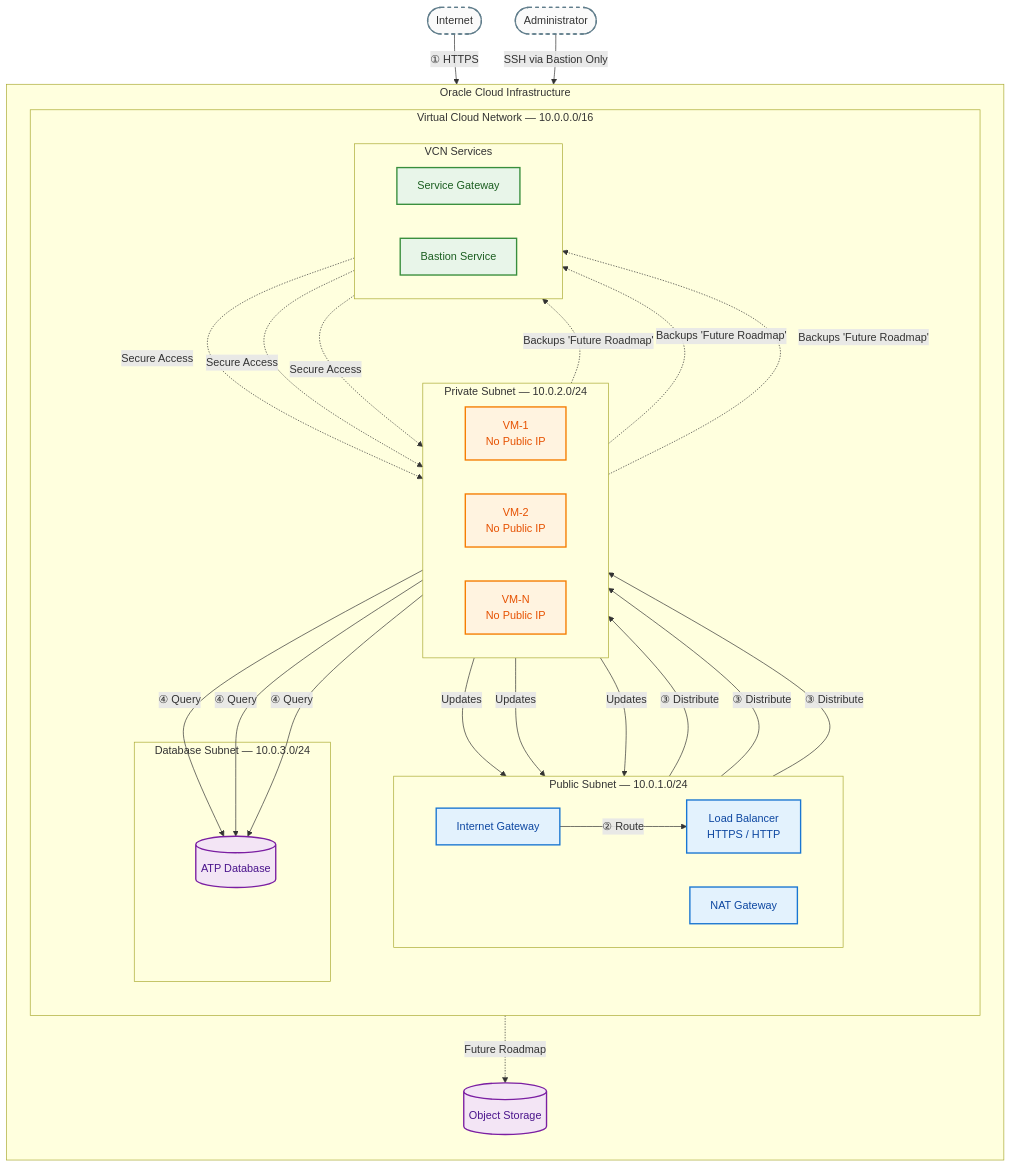
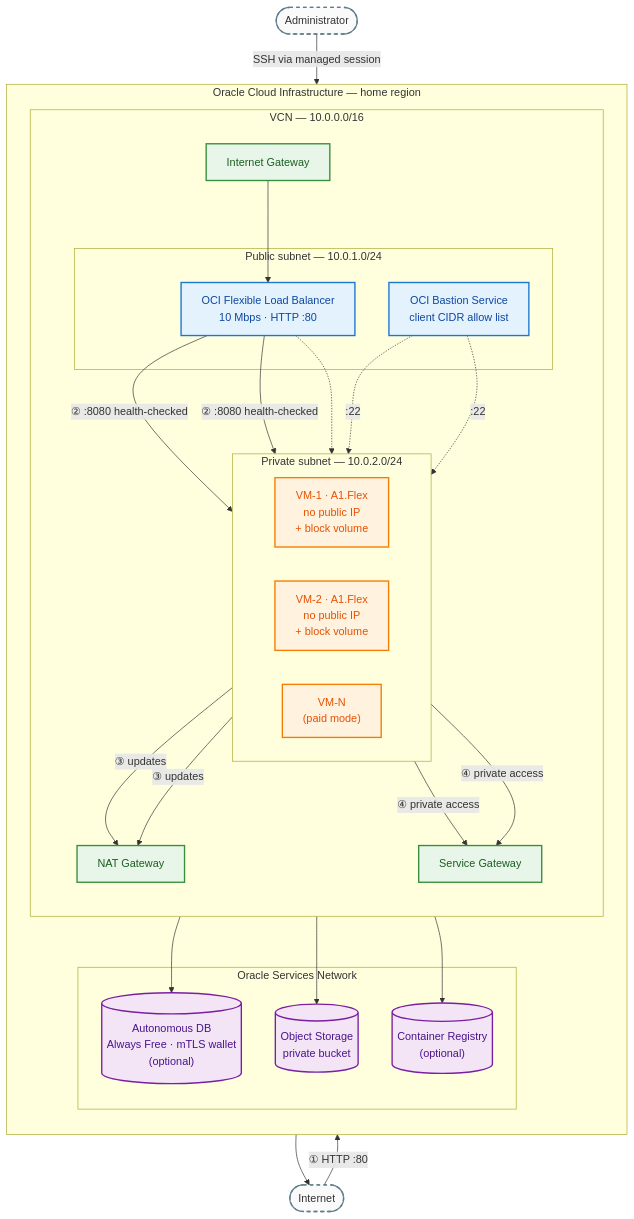
One commit to devsahamerlin/terraform-oci-alwaysfree-and-flexible-ha-compute-service changed the first of 2 diagrams in README.md. Above: the diagram before and after it, drawn with Mermaid. The commit also changed other lines of this file and 66 other files, not shown here.

````diff
--- a/README.md
+++ b/README.md
@@ -120,93 +104,61 @@
 ```mermaid
 graph TB
-%% ── External Actors ──────────────────────────────────────────
     Internet([Internet])
-Admin([Administrator])
+    Admin([Administrator])
 
-%% ── Oracle Cloud Infrastructure ──────────────────────────────
-subgraph OCI["Oracle Cloud Infrastructure"]
-direction TB
+    subgraph OCI["Oracle Cloud Infrastructure — home region"]
+        direction TB
 
-subgraph VCN["Virtual Cloud Network — 10.0.0.0/16"]
-direction TB
+        subgraph VCN["VCN — 10.0.0.0/16"]
+            direction TB
+            IGW["Internet Gateway"]
+            NAT["NAT Gateway"]
+            SGW["Service Gateway"]
 
-%% ── Layer 1 : Public Subnet ──────────────────────────
-subgraph PublicLayer["Public Subnet — 10.0.1.0/24"]
-direction LR
-IGW["Internet Gateway"]
-LB["Load Balancer\nHTTPS / HTTP"]
-NAT["NAT Gateway"]
-end
+            subgraph PublicLayer["Public subnet — 10.0.1.0/24"]
+                LB["OCI Flexible Load Balancer<br/>10 Mbps · HTTP :80"]
+                Bastion["OCI Bastion Service<br/>client CIDR allow list"]
+            end
 
-%% ── Layer 2 : Private Subnet ─────────────────────────
-subgraph AppLayer["Private Subnet — 10.0.2.0/24"]
-direction LR
-VM1["VM-1\nNo Public IP"]
-VM2["VM-2\nNo Public IP"]
-VMn["VM-N\nNo Public IP"]
-end
+            subgraph AppLayer["Private subnet — 10.0.2.0/24"]
+                direction LR
+                VM1["VM-1 · A1.Flex<br/>no public IP<br/>+ block volume"]
+                VM2["VM-2 · A1.Flex<br/>no public IP<br/>+ block volume"]
+                VMn["VM-N<br/>(paid mode)"]
+            end
+        end
 
-%% ── Layer 3 : Database Subnet ────────────────────────
-subgraph DataLayer["Database Subnet — 10.0.3.0/24"]
-DB[("ATP Database")]
-end
+        subgraph OSN["Oracle Services Network"]
+            DB[("Autonomous DB<br/>Always Free · mTLS wallet<br/>(optional)")]
+            Storage[("Object Storage<br/>private bucket")]
+            OCIR[("Container Registry<br/>(optional)")]
+        end
+    end
 
-%% ── Layer 4 : VCN Services ───────────────────────────
-subgraph ServicesLayer["VCN Services"]
-direction LR
-SGW["Service Gateway"]
-Bastion["Bastion Service"]
-end
-end
+    Internet -->|"① HTTP :80"| IGW --> LB
+    LB -->|"② :8080 health-checked"| VM1
+    LB -->|"② :8080 health-checked"| VM2
+    LB -.-> VMn
 
-Storage[("Object Storage")]
-end
+    VM1 & VM2 -->|"③ updates"| NAT --> Internet
+    VM1 & VM2 -->|"④ private access"| SGW
+    SGW --> DB
+    SGW --> Storage
+    SGW --> OCIR
 
-%% ═══════════════════════════════════════════════════════════
-%% TRAFFIC FLOWS — ordered top-to-bottom, no cross-layer jumps
-%% ═══════════════════════════════════════════════════════════
+    Admin -->|"SSH via managed session"| Bastion
+    Bastion -.->|":22"| VM1
+    Bastion -.->|":22"| VM2
 
-%% 1 — Inbound path (straight vertical)
-Internet -->|"① HTTPS"| IGW
-IGW      -->|"② Route"| LB
-LB       -->|"③ Distribute"| VM1
-LB       -->|"③ Distribute"| VM2
-LB       -->|"③ Distribute"| VMn
+    classDef public   fill:#e3f2fd,stroke:#1976d2,stroke-width:2px,color:#0d47a1
+    classDef private  fill:#fff3e0,stroke:#f57c00,stroke-width:2px,color:#e65100
+    classDef data     fill:#f3e5f5,stroke:#7b1fa2,stroke-width:2px,color:#4a148c
+    classDef services fill:#e8f5e9,stroke:#388e3c,stroke-width:2px,color:#1b5e20
+    classDef external fill:#fafafa,stroke:#607d8b,stroke-width:2px,stroke-dasharray:5 5
 
-%% 2 — App → DB (straight down)
-VM1 -->|"④ Query"| DB
-VM2 -->|"④ Query"| DB
-VMn -->|"④ Query"| DB
-
-%% 3 — Outbound updates (VMs → NAT only, NAT already in PublicLayer)
-VM1 -->|"Updates"| NAT
-VM2 -->|"Updates"| NAT
-VMn -->|"Updates"| NAT
-
-%% 4 — Backups future roadmap (dashed, contained within OCI)
-VM1 -.->|"Backups 'Future Roadmap'"| SGW
-VM2 -.->|"Backups 'Future Roadmap'"| SGW
-VMn -.->|"Backups 'Future Roadmap'"| SGW
-SGW -.->|"Future Roadmap"| Storage
-
-%% 5 — Admin access (isolated right side)
-Admin   -->|"SSH via Bastion Only"| Bastion
-Bastion -.->|"Secure Access"| VM1
-Bastion -.->|"Secure Access"| VM2
-Bastion -.->|"Secure Access"| VMn
-
-%% ═══════════════════════════════════════════════════════════
-%% STYLING
-%% ═══════════════════════════════════════════════════════════
-classDef public   fill:#e3f2fd,stroke:#1976d2,stroke-width:2px,color:#0d47a1
-classDef private  fill:#fff3e0,stroke:#f57c00,stroke-width:2px,color:#e65100
-classDef data     fill:#f3e5f5,stroke:#7b1fa2,stroke-width:2px,color:#4a148c
-classDef services fill:#e8f5e9,stroke:#388e3c,stroke-width:2px,color:#1b5e20
-classDef external fill:#fafafa,stroke:#607d8b,stroke-width:2px,stroke-dasharray:5 5
-
-class IGW,LB,NAT public
-class VM1,VM2,VMn private
-class DB,Storage data
-class SGW,Bastion services
-class Internet,Admin external
+    class LB,Bastion public
+    class VM1,VM2,VMn private
+    class DB,Storage,OCIR data
+    class IGW,NAT,SGW services
+    class Internet,Admin external
 ```
````
